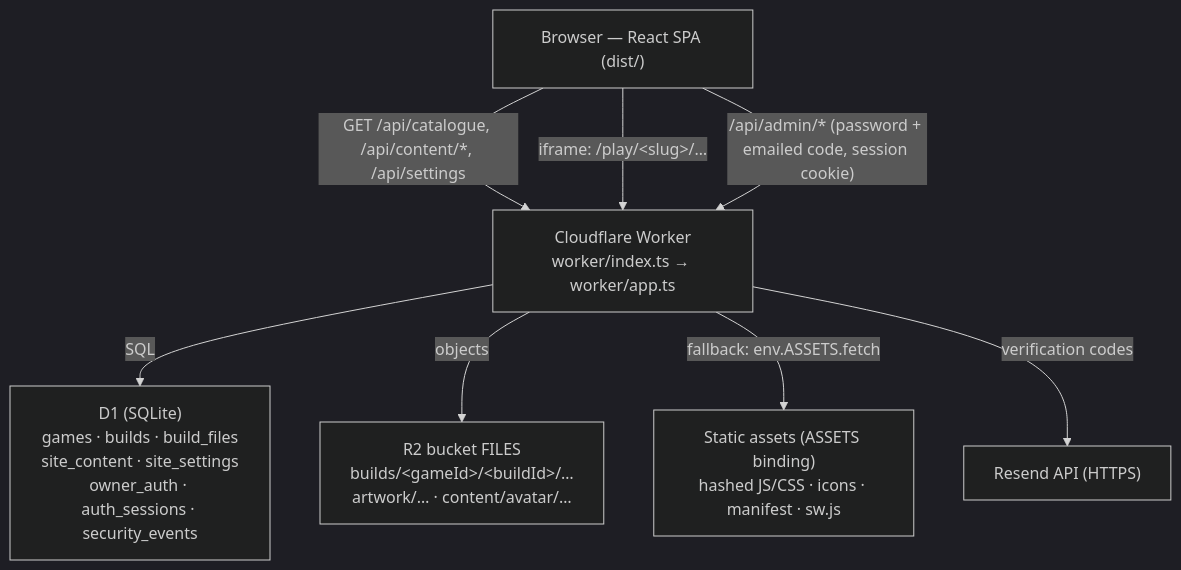
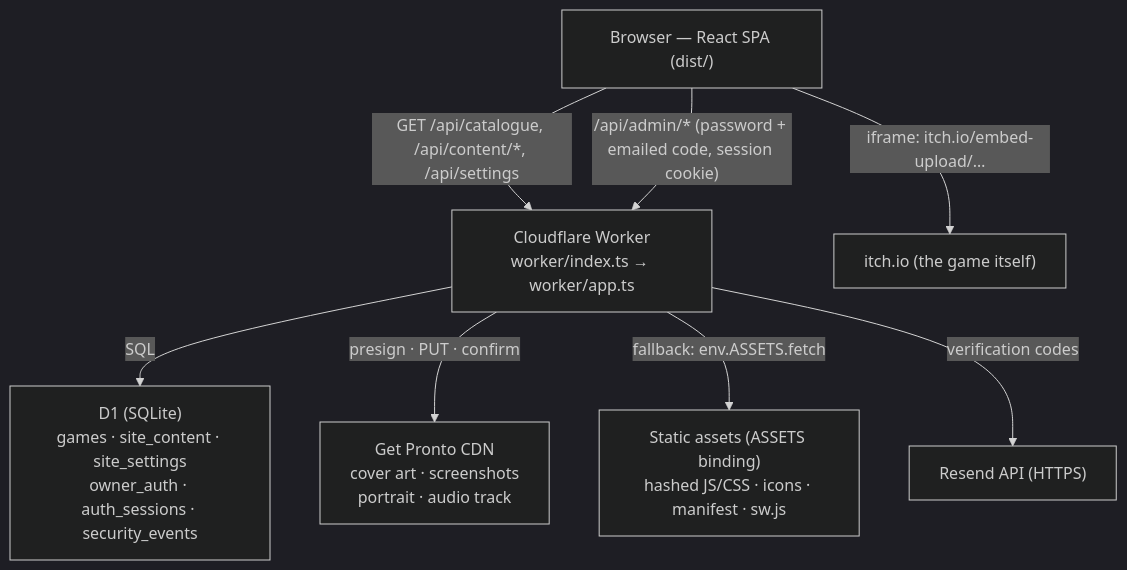
Before and after one commit to Hemang201/Sleepyhead.io: the diagram in README.md, drawn with Mermaid (dark theme). The commit also changed other lines of this file and 33 other files, not shown here.

````diff
--- a/README.md
+++ b/README.md
@@ -106,17 +103,17 @@
 ```mermaid
 flowchart TD
   B["Browser — React SPA (dist/)"]
   W["Cloudflare Worker<br/>worker/index.ts → worker/app.ts"]
-  D["D1 (SQLite)<br/>games · builds · build_files<br/>site_content · site_settings<br/>owner_auth · auth_sessions · security_events"]
-  R["R2 bucket FILES<br/>builds/&lt;gameId&gt;/&lt;buildId&gt;/…<br/>artwork/… · content/avatar/…"]
+  D["D1 (SQLite)<br/>games · site_content · site_settings<br/>owner_auth · auth_sessions · security_events"]
+  R["Get Pronto CDN<br/>cover art · screenshots<br/>portrait · audio track"]
   S["Static assets (ASSETS binding)<br/>hashed JS/CSS · icons · manifest · sw.js"]
   E["Resend API (HTTPS)"]
 
   B -->|"GET /api/catalogue, /api/content/*, /api/settings"| W
-  B -->|"iframe: /play/&lt;slug&gt;/…"| W
+  B -->|"iframe: itch.io/embed-upload/…"| I["itch.io (the game itself)"]
   B -->|"/api/admin/* (password + emailed code, session cookie)"| W
   W -->|"SQL"| D
-  W -->|"objects"| R
+  W -->|"presign · PUT · confirm"| R
   W -->|"fallback: env.ASSETS.fetch"| S
   W -->|"verification codes"| E
 ```
````
